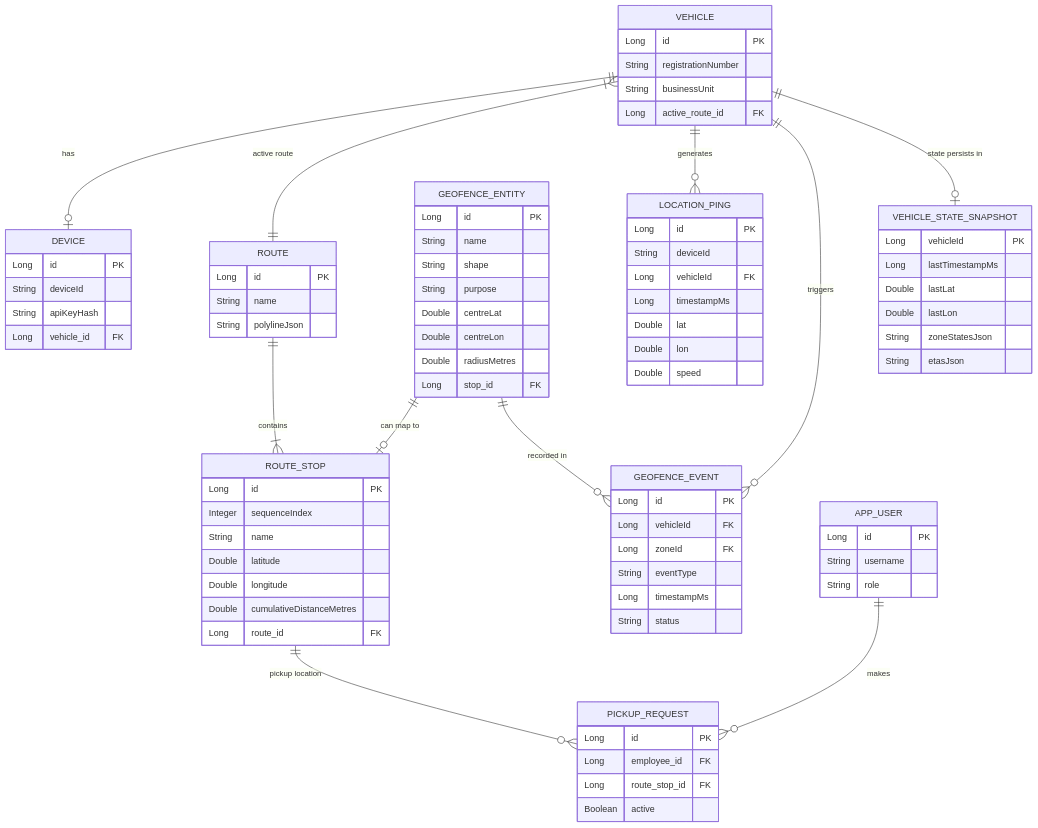
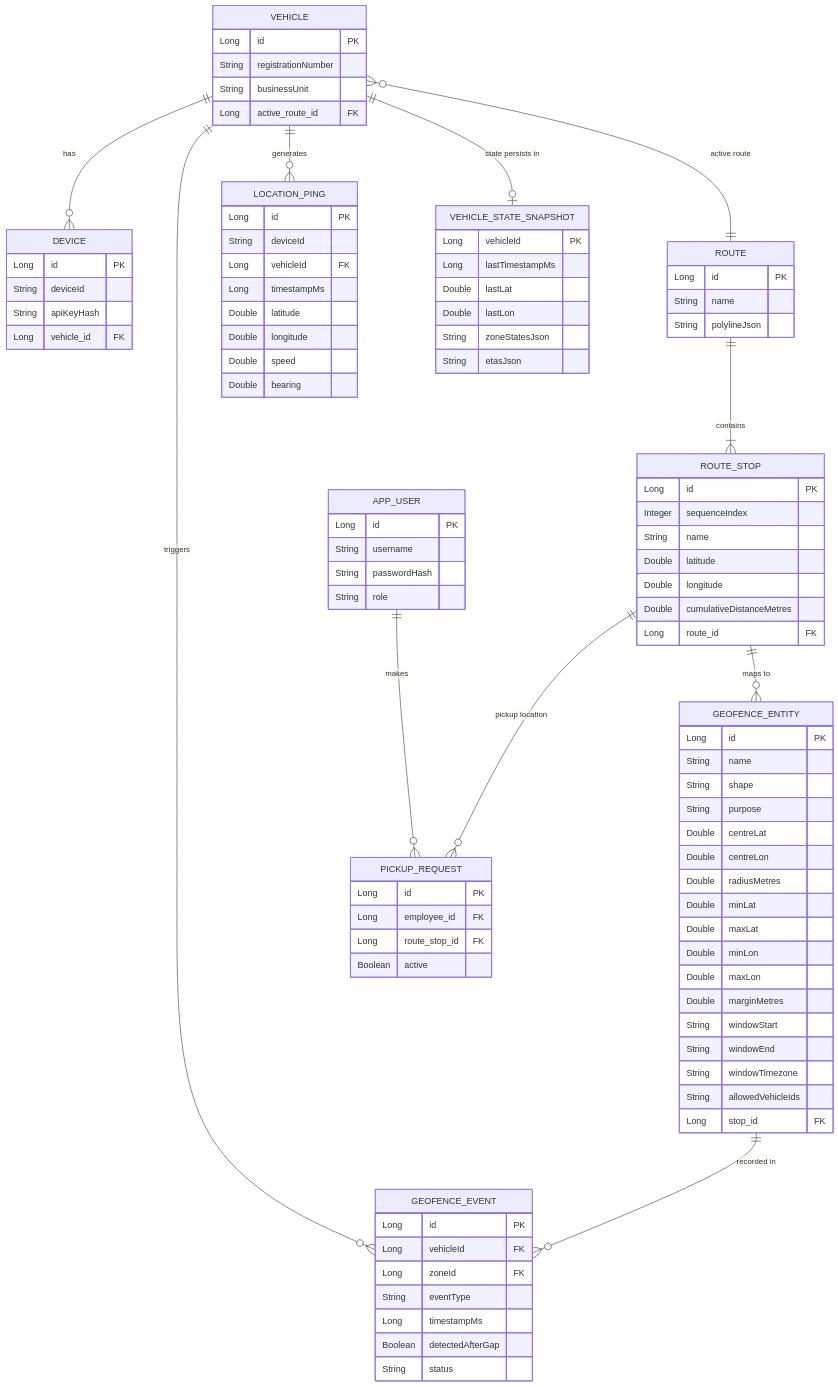
The diagram in README.md (aman68695613/vehicle-tracking-service), drawn with Mermaid before and after one commit. The commit also changed 22 other files, not shown here.

```diff
--- a/README.md
+++ b/README.md
@@ -41,6 +41,15 @@
         Double centreLat
         Double centreLon
         Double radiusMetres
+        Double minLat
+        Double maxLat
+        Double minLon
+        Double maxLon
+        Double marginMetres
+        String windowStart
+        String windowEnd
+        String windowTimezone
+        String allowedVehicleIds
         Long stop_id FK
     }
     GEOFENCE_EVENT {
@@ -49,6 +58,7 @@
         Long zoneId FK
         String eventType
         Long timestampMs
+        Boolean detectedAfterGap
         String status
     }
     LOCATION_PING {
@@ -56,9 +66,10 @@
         String deviceId
         Long vehicleId FK
         Long timestampMs
-        Double lat
-        Double lon
+        Double latitude
+        Double longitude
         Double speed
+        Double bearing
     }
     VEHICLE_STATE_SNAPSHOT {
         Long vehicleId PK
@@ -71,6 +82,7 @@
     APP_USER {
         Long id PK
         String username
+        String passwordHash
         String role
     }
     PICKUP_REQUEST {
@@ -80,10 +92,10 @@
         Boolean active
     }
 
-    VEHICLE ||--o| DEVICE : "has"
-    VEHICLE }|--|| ROUTE : "active route"
+    VEHICLE ||--o{ DEVICE : "has"
+    VEHICLE }o--|| ROUTE : "active route"
     ROUTE ||--|{ ROUTE_STOP : "contains"
-    GEOFENCE_ENTITY ||--o| ROUTE_STOP : "can map to"
+    ROUTE_STOP ||--o{ GEOFENCE_ENTITY : "maps to"
     VEHICLE ||--o{ LOCATION_PING : "generates"
     VEHICLE ||--o{ GEOFENCE_EVENT : "triggers"
     GEOFENCE_ENTITY ||--o{ GEOFENCE_EVENT : "recorded in"
```
